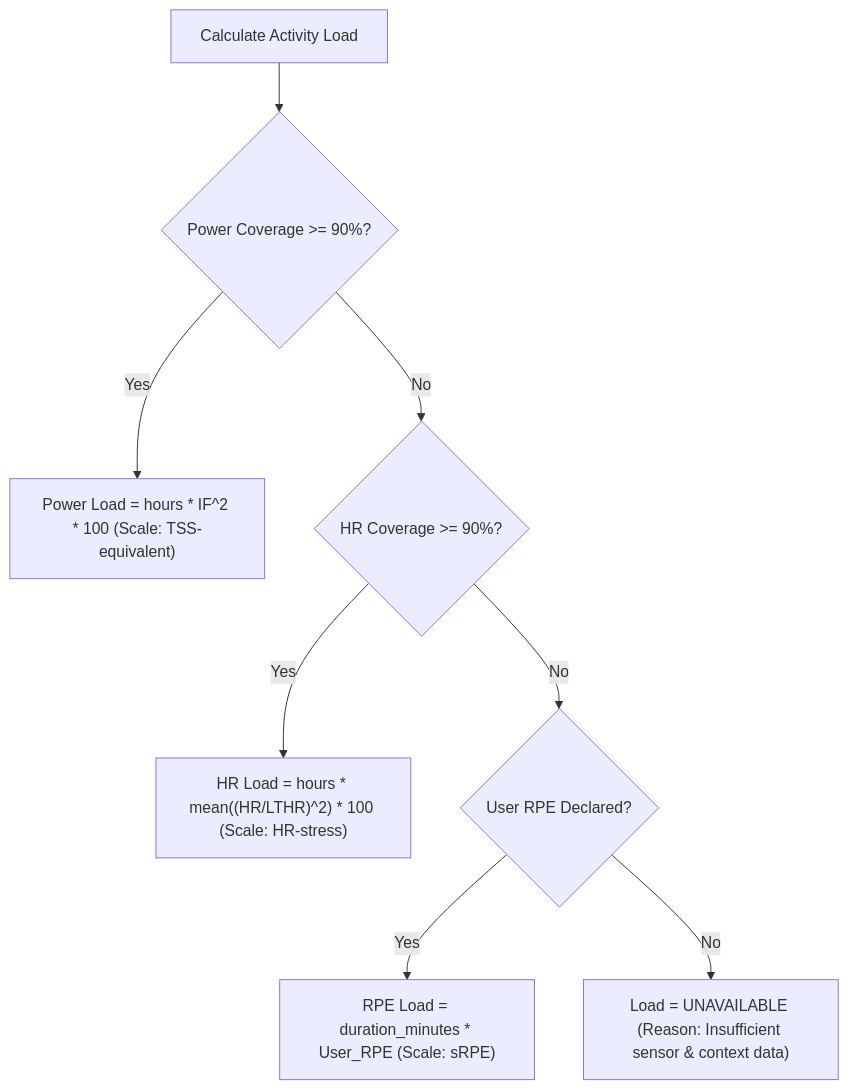
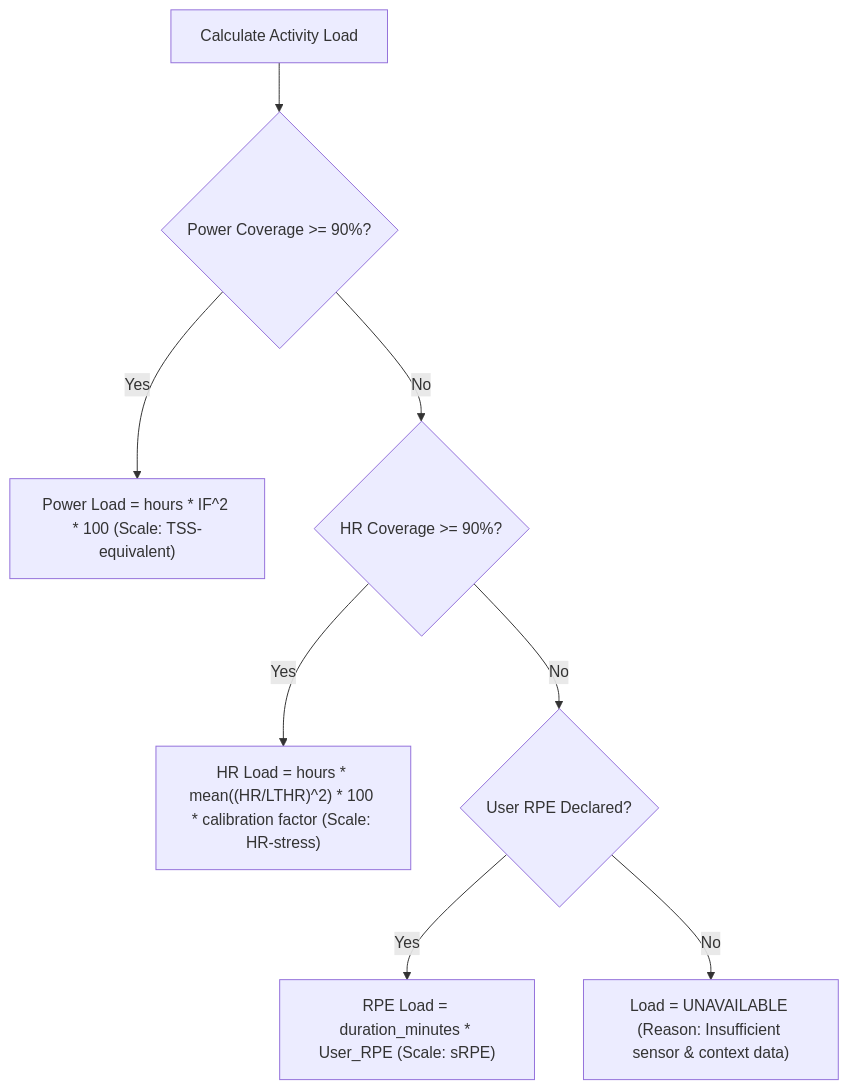
Before and after one commit to augustodn/cycling-analytics: the diagram in docs/analytics.md, drawn with Mermaid. The commit also changed other lines of this file and 10 other files, not shown here.

````diff
--- a/docs/analytics.md
+++ b/docs/analytics.md
@@ -35,10 +35,10 @@
 ```mermaid
 flowchart TD
     Start[Calculate Activity Load] --> CheckPower{Power Coverage >= 90%?}
     CheckPower -- Yes --> PowerLoad["Power Load = hours * IF^2 * 100 (Scale: TSS-equivalent)"]
     CheckPower -- No --> CheckHR{HR Coverage >= 90%?}
-    CheckHR -- Yes --> HRLoad["HR Load = hours * mean((HR/LTHR)^2) * 100 (Scale: HR-stress)"]
+    CheckHR -- Yes --> HRLoad["HR Load = hours * mean((HR/LTHR)^2) * 100 * calibration factor (Scale: HR-stress)"]
     CheckHR -- No --> CheckRPE{User RPE Declared?}
     CheckRPE -- Yes --> RPELoad["RPE Load = duration_minutes * User_RPE (Scale: sRPE)"]
     CheckRPE -- No --> NoLoad["Load = UNAVAILABLE (Reason: Insufficient sensor & context data)"]
 ```
````
